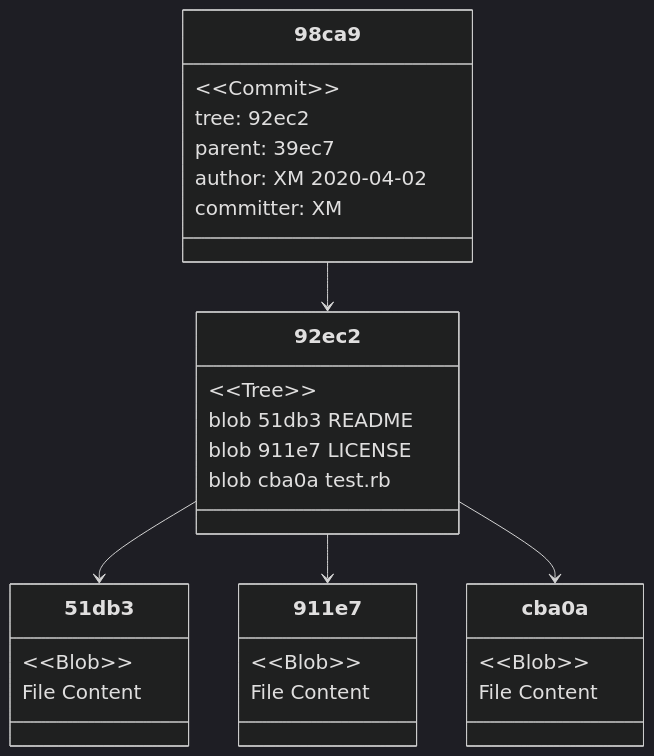
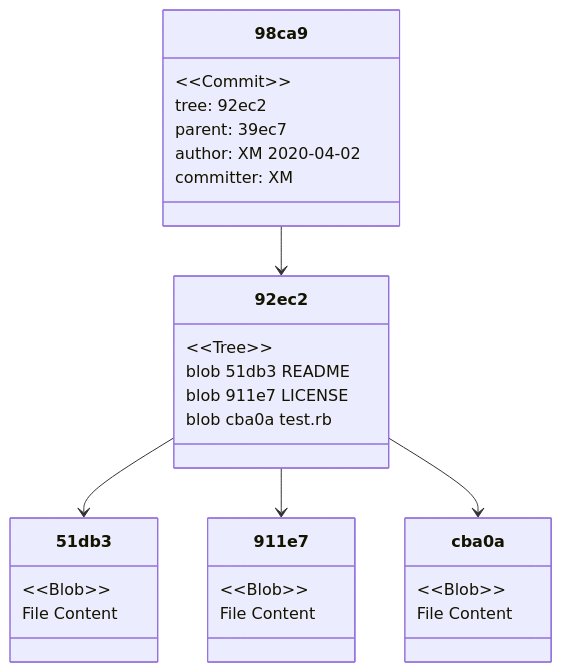
Before and after one commit to zjkmxy/slides-template: the diagram in src/content/slides/main.md, drawn with Mermaid. The commit also changed 6 other files, not shown here.

Commit message:
Extract shared mermaid config, reveal init, and slide styles

````diff
--- a/src/content/slides/main.md
+++ b/src/content/slides/main.md
@@ -34,36 +34,32 @@
 ```mermaid
-%%{init: {
-    'theme': 'dark',
-    'themeVariables': { 'darkMode': true, 'fontSize': '20px' },
-    'class':{ 'useMaxWidth': false }}}%%
 classDiagram
     98ca9 --> 92ec2
     92ec2 --> 51db3
     92ec2 --> 911e7
     92ec2 --> cba0a
     class 98ca9{
         &lt;&lt;Commit&gt;&gt;
         tree: 92ec2
         parent: 39ec7
         author: XM 2020-04-02
         committer: XM
     }
     class 92ec2{
         &lt;&lt;Tree&gt;&gt;
         blob 51db3 README
         blob 911e7 LICENSE
         blob cba0a test.rb
     }
     class 51db3{
         &lt;&lt;Blob&gt;&gt;
         File Content
     }
     class 911e7{
         &lt;&lt;Blob&gt;&gt;
         File Content
     }
     class cba0a{
         &lt;&lt;Blob&gt;&gt;
         File Content
     }
 ```
````
